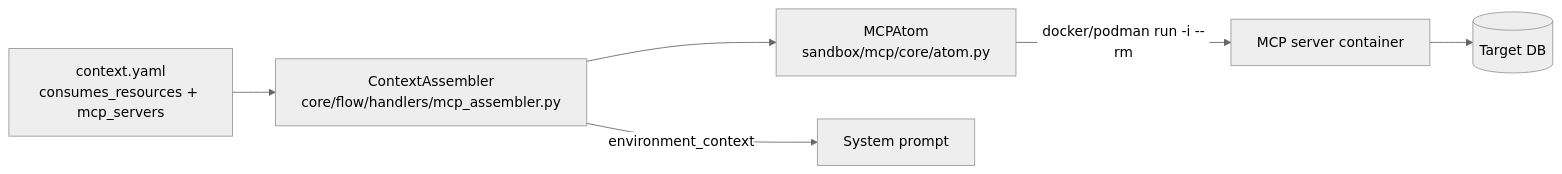
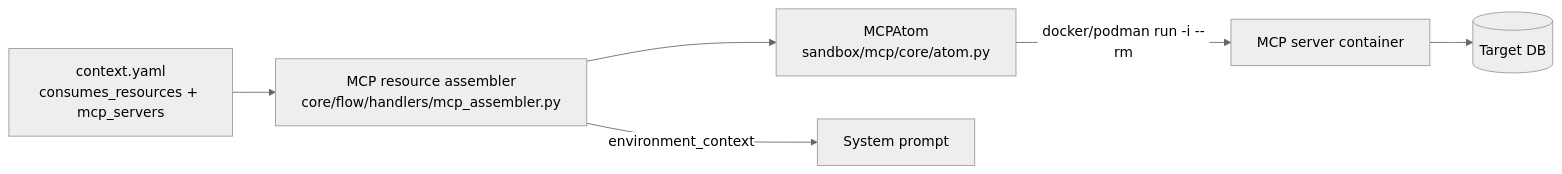
One commit to sbula/specweaver changed the diagram in docs/architecture/05_delivery_mechanisms/mcp_architecture_design.md. Above: the diagram before and after it, drawn with Mermaid (neutral theme). The commit also changed 28 other files, not shown here.

Commit message:
refactor(TECH-082): FILENAME_PREFIX is gone; context_assembler is skeleton_assembler and the two assemblers have distinct titles; roles_of is public in handlers/roles.py, so nothing outside the handlers imports _llm (SF-06 CB-2, FR-12)

````diff
--- a/docs/architecture/05_delivery_mechanisms/mcp_architecture_design.md
+++ b/docs/architecture/05_delivery_mechanisms/mcp_architecture_design.md
@@ -7,8 +7,8 @@
 ```mermaid
 graph LR
-    CY["context.yaml<br/>consumes_resources + mcp_servers"] --> CA["ContextAssembler<br/>core/flow/handlers/mcp_assembler.py"]
+    CY["context.yaml<br/>consumes_resources + mcp_servers"] --> CA["MCP resource assembler<br/>core/flow/handlers/mcp_assembler.py"]
     CA --> AT["MCPAtom<br/>sandbox/mcp/core/atom.py"]
     AT -->|"docker/podman run -i --rm"| SRV["MCP server container"]
     SRV --> DB[("Target DB")]
     CA -->|"environment_context"| P["System prompt"]
 ```
````
